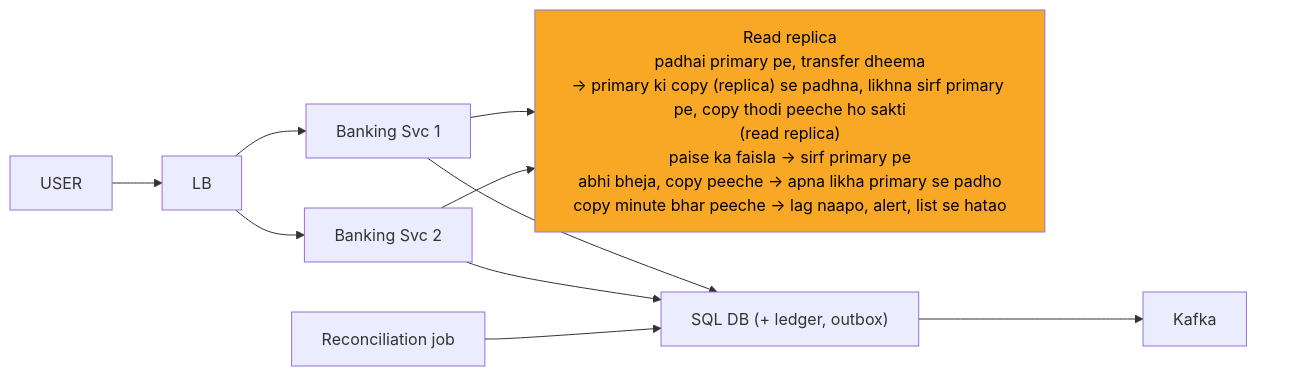
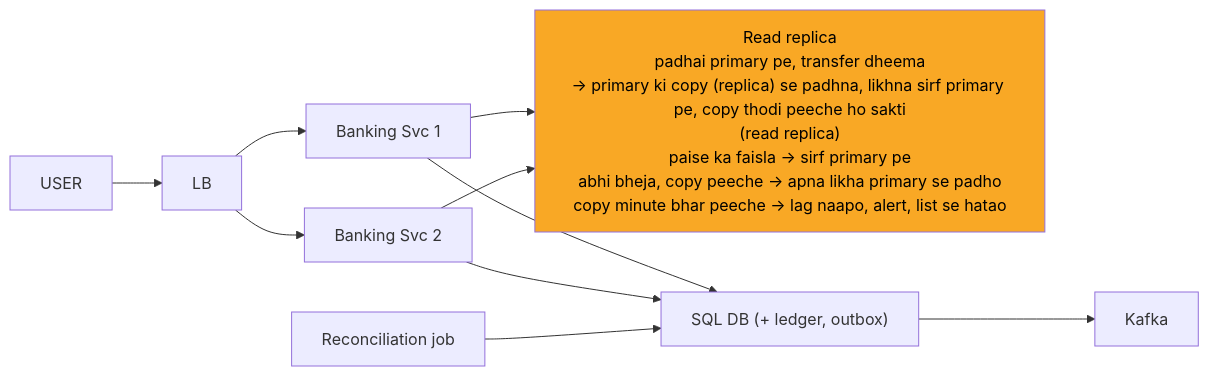
The ninth of 13 diagrams in 04_HLD/SYSTEM_DESIGNS/13_banking_system/13_banking_system.md (ArpanMaheshwari144/Prep), drawn with Mermaid before and after one commit. The commit also changed other lines of this file and 182 other files, not shown here.

Commit message:
hld 14 file: har diagram mermaid-cli se SVG image (source details me), n_pad hataya, render tool 04_HLD/tools

````diff
--- a/04_HLD/SYSTEM_DESIGNS/13_banking_system/13_banking_system.md
+++ b/04_HLD/SYSTEM_DESIGNS/13_banking_system/13_banking_system.md
@@ -392,25 +367,22 @@
 ```mermaid
 %%{init: {"flowchart": {"wrappingWidth": 450}}}%%
 flowchart LR
     n_USER["USER"]
     n_LB["LB"]
     n_S1["Banking Svc 1"]
     n_S2["Banking Svc 2"]
     n_RR["Read replica<br/>padhai primary pe, transfer dheema<br/>-> primary ki copy (replica) se padhna, likhna sirf primary pe, copy thodi peeche ho sakti<br/>(read replica)<br/>paise ka faisla -> sirf primary pe<br/>abhi bheja, copy peeche -> apna likha primary se padho<br/>copy minute bhar peeche -> lag naapo, alert, list se hatao"]
     n_DB["SQL DB (+ ledger, outbox)"]
     n_K["Kafka"]
     n_REC["Reconciliation job"]
     n_USER --> n_LB
     n_LB --> n_S1
     n_LB --> n_S2
     n_S1 --> n_RR
     n_S2 --> n_RR
     n_S1 --> n_DB
     n_S2 --> n_DB
     n_DB --> n_K
     n_REC --> n_DB
-    n_pad["xxxxxxxxxxxxxxxx"]
-    n_RR ~~~ n_pad
     style n_RR fill:#f9a825,color:#000
-    style n_pad fill:none,stroke:none,color:#ffffff00
 ```
````
